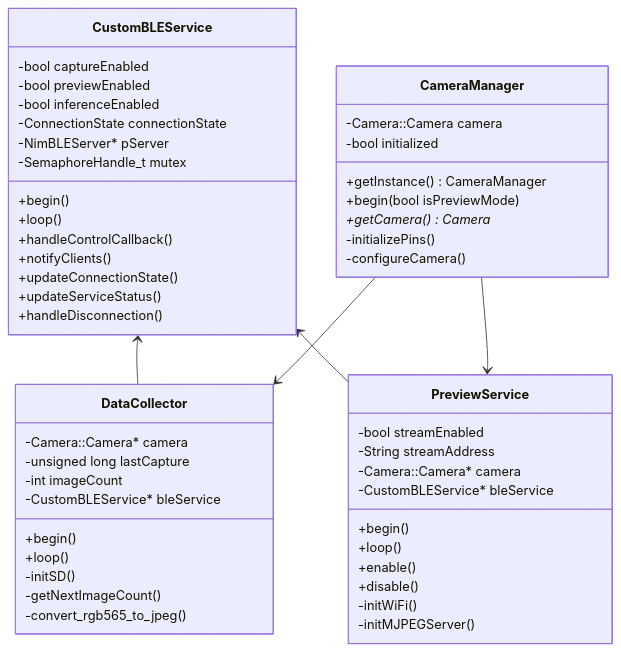
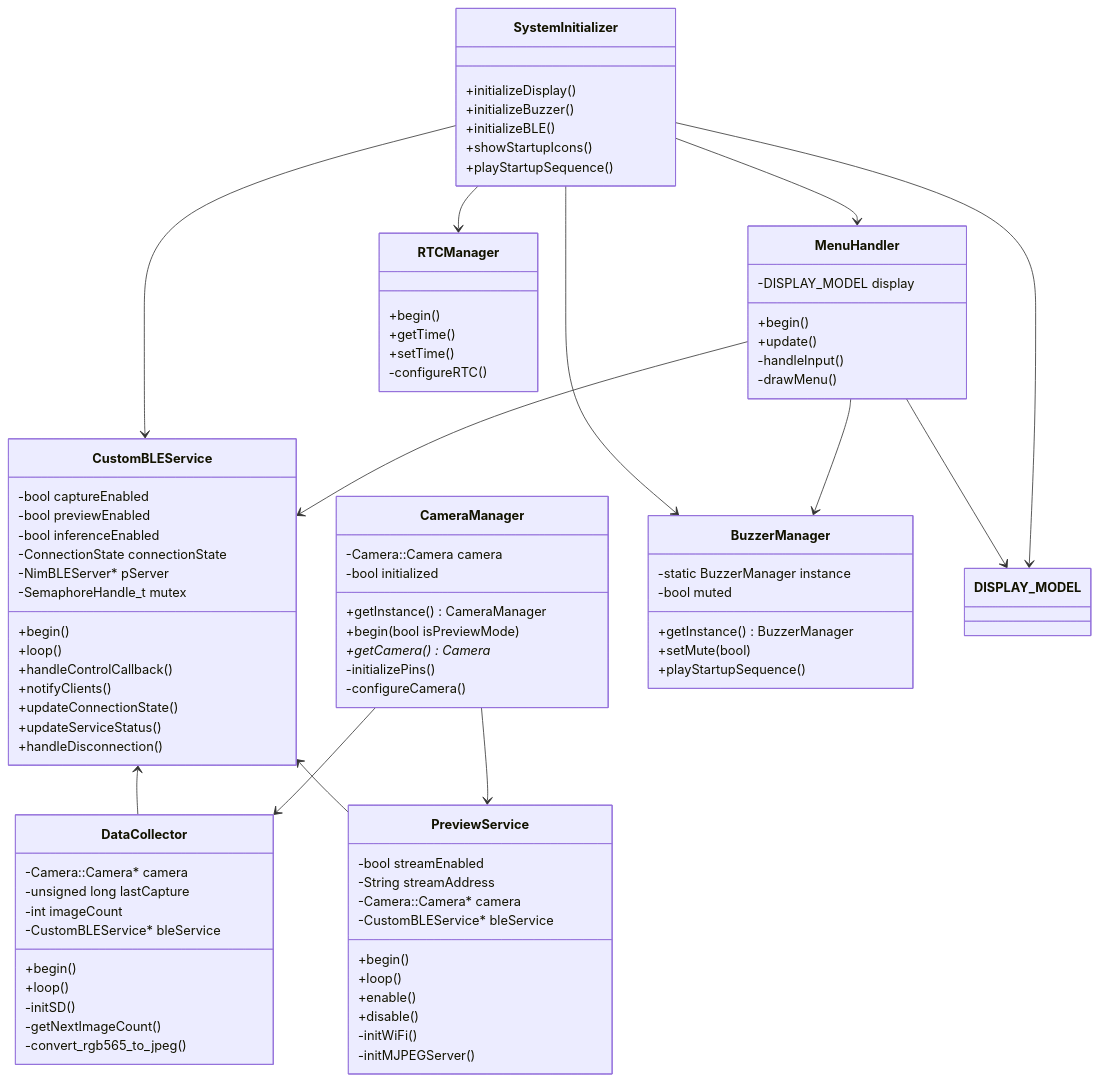
One commit to coloboxp/middlefox changed the diagram in doc/classses.md. Above: the diagram before and after it, drawn with Mermaid. The commit also changed 4 other files, not shown here.

Commit message:
Updated charts

````diff
--- a/doc/classses.md
+++ b/doc/classses.md
@@ -53,8 +53,47 @@
         -initMJPEGServer()
     }
 
+    class SystemInitializer {
+        +initializeDisplay()
+        +initializeBuzzer()
+        +initializeBLE()
+        +showStartupIcons()
+        +playStartupSequence()
+    }
+
+    class MenuHandler {
+        -DISPLAY_MODEL display
+        +begin()
+        +update()
+        -handleInput()
+        -drawMenu()
+    }
+
+    class BuzzerManager {
+        -static BuzzerManager instance
+        -bool muted
+        +getInstance() BuzzerManager
+        +setMute(bool)
+        +playStartupSequence()
+    }
+
+    class RTCManager {
+        +begin()
+        +getTime()
+        +setTime()
+        -configureRTC()
+    }
+
     CustomBLEService <-- DataCollector
     CustomBLEService <-- PreviewService
     CameraManager --> DataCollector
     CameraManager --> PreviewService
+    SystemInitializer --> MenuHandler
+    SystemInitializer --> BuzzerManager
+    SystemInitializer --> RTCManager
+    MenuHandler --> DISPLAY_MODEL
+    SystemInitializer --> CustomBLEService
+    MenuHandler --> BuzzerManager
+    MenuHandler --> CustomBLEService
+    SystemInitializer --> DISPLAY_MODEL
 ```
````
